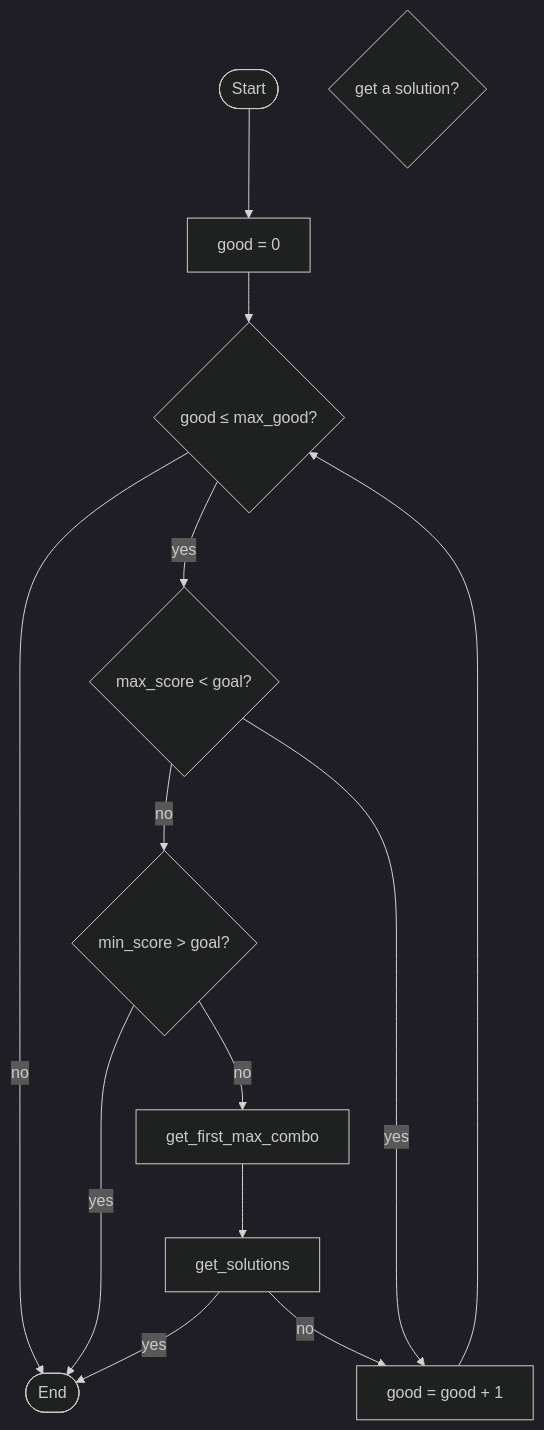
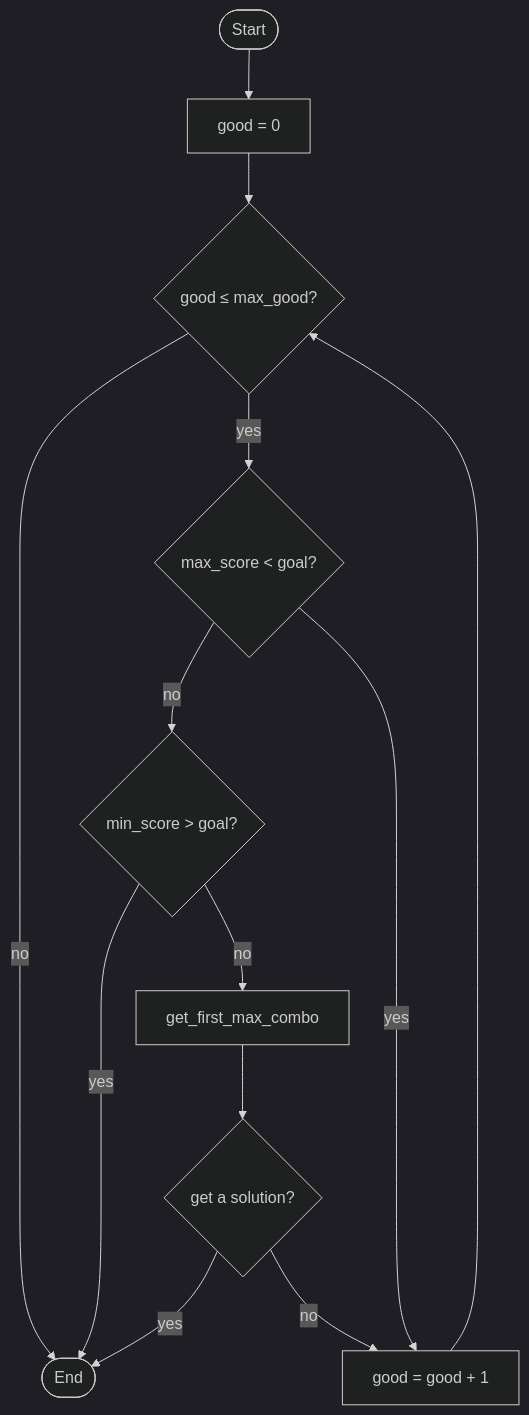
The second of 4 diagrams in README.md (Destruction321/PhigrosScoreCalculator), drawn with Mermaid (dark theme) before and after one commit.

Commit message:
modified:   README.md

````diff
--- a/README.md
+++ b/README.md
@@ -272,23 +272,23 @@
             ```mermaid
             graph TD
                 Start([Start])
                 init_good[good = 0]
                 check_good{good ≤ max_good?}
                 check_max_score{max_score < goal?}
                 check_min_score{min_score > goal?}
                 get_first_max_combo[get_first_max_combo]
-                get_solutionst{get a solution?}
+                get_solutions{get a solution?}
                 set_good[good = good + 1]
                 End([End])
 
                 Start --> init_good --> check_good
                 check_good -- no --> End
                 check_good -- yes --> check_max_score
                 check_max_score -- no --> check_min_score
                 check_max_score -- yes --> set_good
                 check_min_score -- yes --> End
                 check_min_score -- no --> get_first_max_combo --> get_solutions
                 get_solutions -- yes --> End
                 get_solutions -- no --> set_good
                 set_good --> check_good
             ```
````
